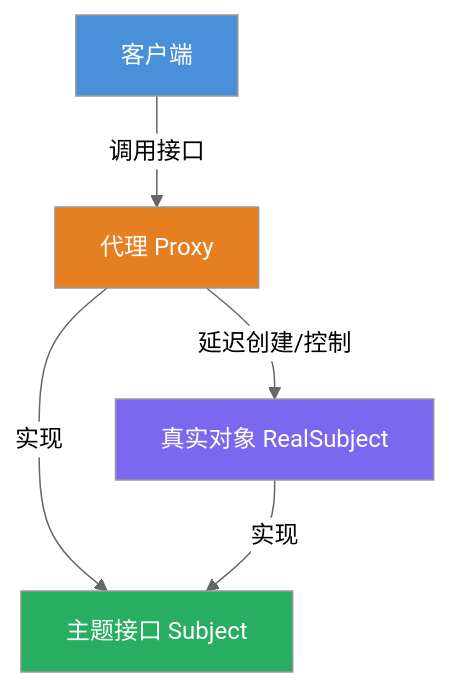
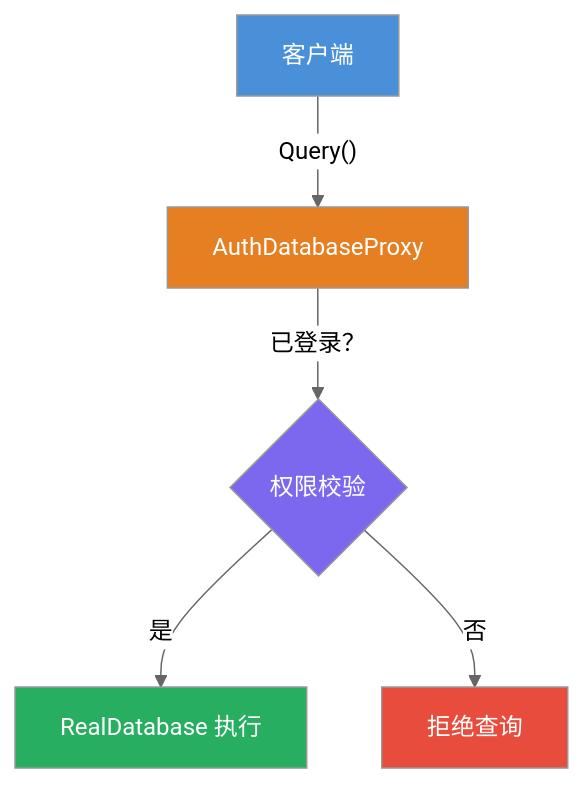
One commit to hollson/design_patterns changed the fourth of 4 diagrams in ProxyPattern/README.md. Above: the diagram before and after it, drawn with Mermaid (neutral theme). The commit also changed other lines of this file and 10 other files, not shown here.

````diff
--- a/ProxyPattern/README.md
+++ b/ProxyPattern/README.md
@@ -27,12 +111,13 @@
 ```mermaid
 flowchart TD
-    A["客户端"] -->|"调用接口"| B["代理 Proxy"]
-    B -->|"延迟创建/控制"| C["真实对象 RealSubject"]
-    B -->|"实现"| D["主题接口 Subject"]
-    C -->|"实现"| D
+    A["客户端"] -->|"Query()"| B["AuthDatabaseProxy"]
+    B -->|"已登录？"| C{权限校验}
+    C -->|"是"| D["RealDatabase 执行"]
+    C -->|"否"| E["拒绝查询"]
 
     style A fill:#4A90D9,color:#fff
     style B fill:#E67E22,color:#fff
     style C fill:#7B68EE,color:#fff
     style D fill:#27AE60,color:#fff
+    style E fill:#E74C3C,color:#fff
 ```
````
